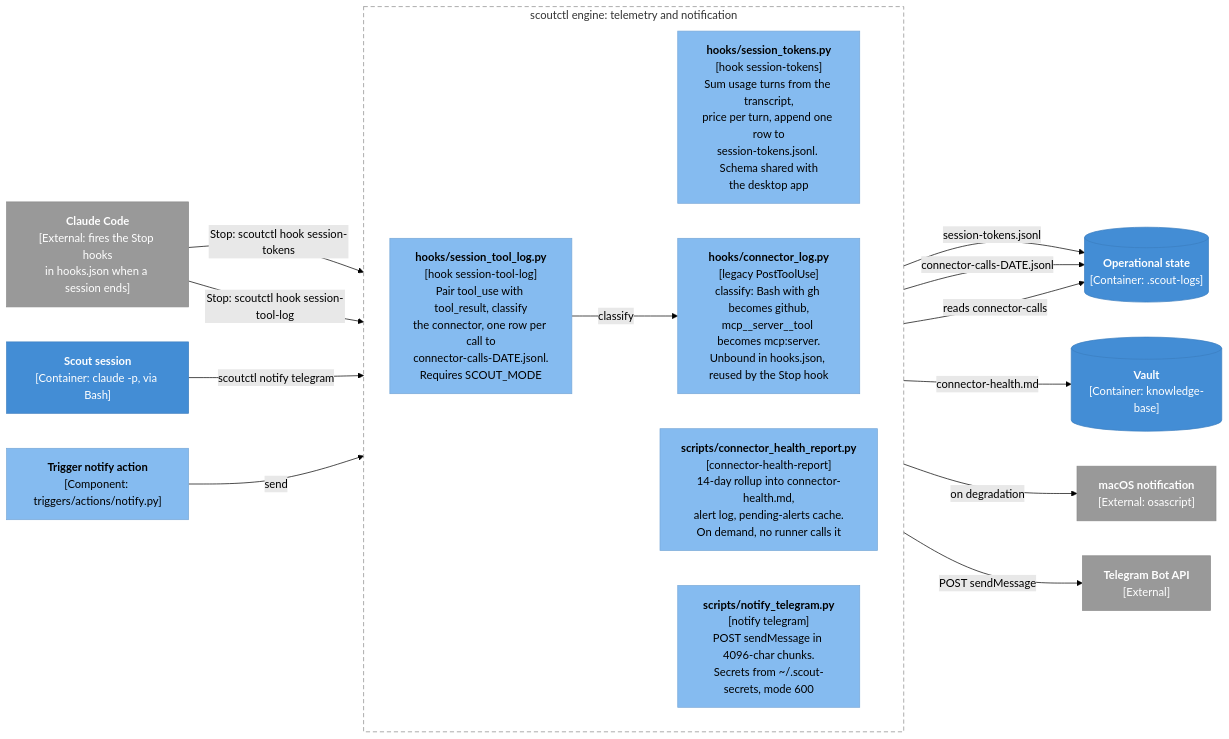
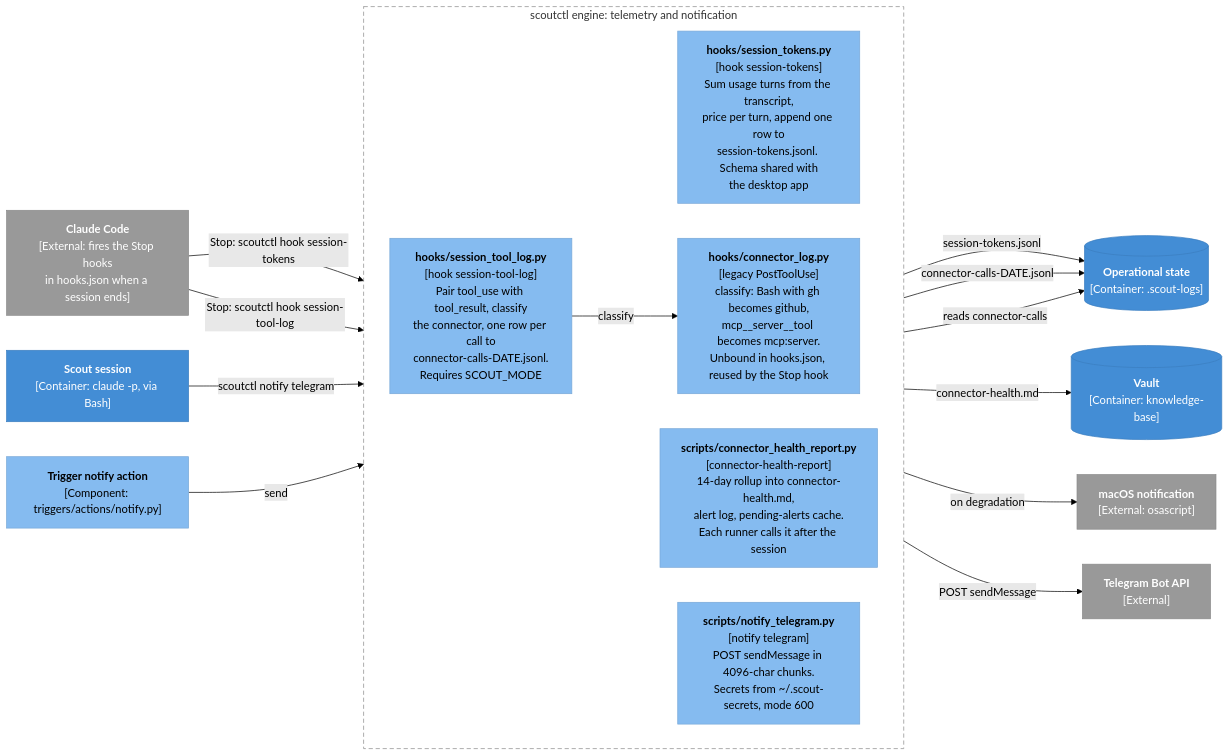
One commit to Raven-Scout/Scout changed the fourth of 7 diagrams in docs/architecture/03-components.md. Above: the diagram before and after it, drawn with Mermaid (forest theme). The commit also changed other lines of this file and 21 other files, not shown here.

````diff
--- a/docs/architecture/03-components.md
+++ b/docs/architecture/03-components.md
@@ -221,37 +221,37 @@
 ```mermaid
 flowchart LR
   classDef container fill:#438DD5,stroke:#3C7FC0,color:#fff
   classDef component fill:#85BBF0,stroke:#78A8D8,color:#000
   classDef ext fill:#999999,stroke:#8A8A8A,color:#fff
 
   cc["<b>Claude Code</b><br/>[External: fires the Stop hooks<br/>in hooks.json when a session ends]"]:::ext
   session["<b>Scout session</b><br/>[Container: claude -p, via Bash]"]:::container
   trigger_actions["<b>Trigger notify action</b><br/>[Component: triggers/actions/notify.py]"]:::component
   telegram["<b>Telegram Bot API</b><br/>[External]"]:::ext
   macos["<b>macOS notification</b><br/>[External: osascript]"]:::ext
   state[("<b>Operational state</b><br/>[Container: .scout-logs]")]:::container
   vault[("<b>Vault</b><br/>[Container: knowledge-base]")]:::container
 
   subgraph engine ["scoutctl engine: telemetry and notification"]
     direction LR
     tokens["<b>hooks/session_tokens.py</b><br/>[hook session-tokens]<br/>Sum usage turns from the transcript,<br/>price per turn, append one row to<br/>session-tokens.jsonl. Schema shared with<br/>the desktop app"]:::component
     toollog["<b>hooks/session_tool_log.py</b><br/>[hook session-tool-log]<br/>Pair tool_use with tool_result, classify<br/>the connector, one row per call to<br/>connector-calls-DATE.jsonl.<br/>Requires SCOUT_MODE"]:::component
     classify["<b>hooks/connector_log.py</b><br/>[legacy PostToolUse]<br/>classify: Bash with gh becomes github,<br/>mcp__server__tool becomes mcp:server.<br/>Unbound in hooks.json, reused by the Stop hook"]:::component
-    health["<b>scripts/connector_health_report.py</b><br/>[connector-health-report]<br/>14-day rollup into connector-health.md,<br/>alert log, pending-alerts cache.<br/>On demand, no runner calls it"]:::component
+    health["<b>scripts/connector_health_report.py</b><br/>[connector-health-report]<br/>14-day rollup into connector-health.md,<br/>alert log, pending-alerts cache.<br/>Each runner calls it after the session"]:::component
     notify["<b>scripts/notify_telegram.py</b><br/>[notify telegram]<br/>POST sendMessage in 4096-char chunks.<br/>Secrets from ~/.scout-secrets, mode 600"]:::component
   end
 
   cc -->|"Stop: scoutctl hook session-tokens"| tokens
   cc -->|"Stop: scoutctl hook session-tool-log"| toollog
   tokens -->|"session-tokens.jsonl"| state
   toollog -->|"classify"| classify
   toollog -->|"connector-calls-DATE.jsonl"| state
   health -->|"reads connector-calls"| state
   health -->|"connector-health.md"| vault
   health -->|"on degradation"| macos
   session -->|"scoutctl notify telegram"| notify
   trigger_actions -->|"send"| notify
   notify -->|"POST sendMessage"| telegram
 
   style engine fill:none,stroke:#8A8A8A,stroke-dasharray:6 4
 ```
````
